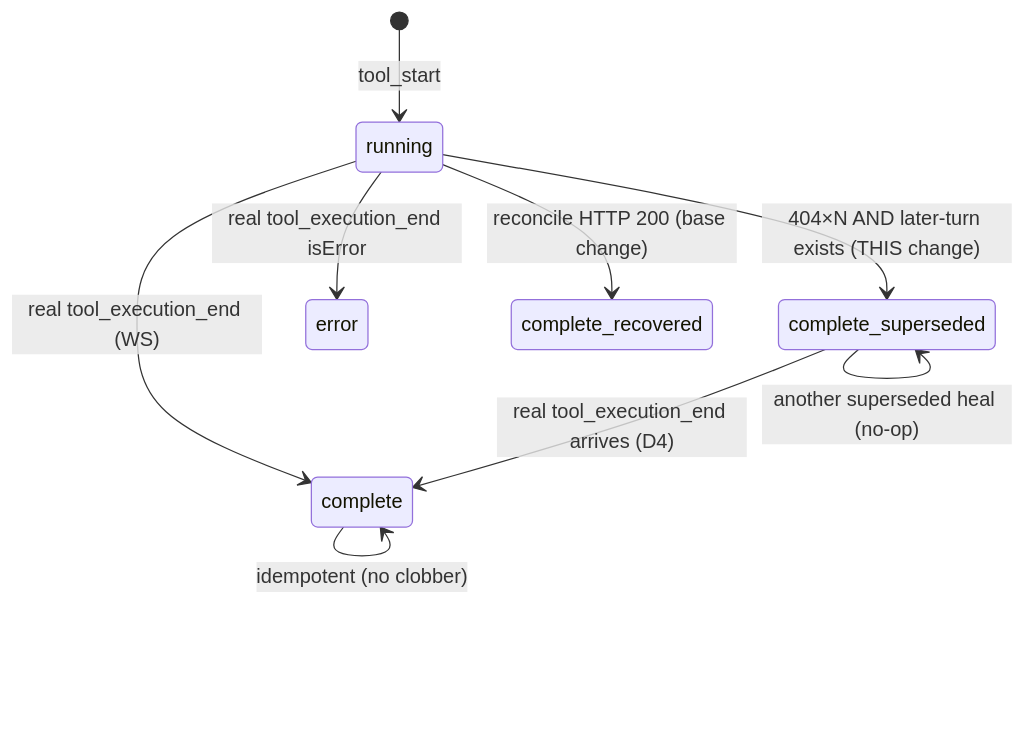
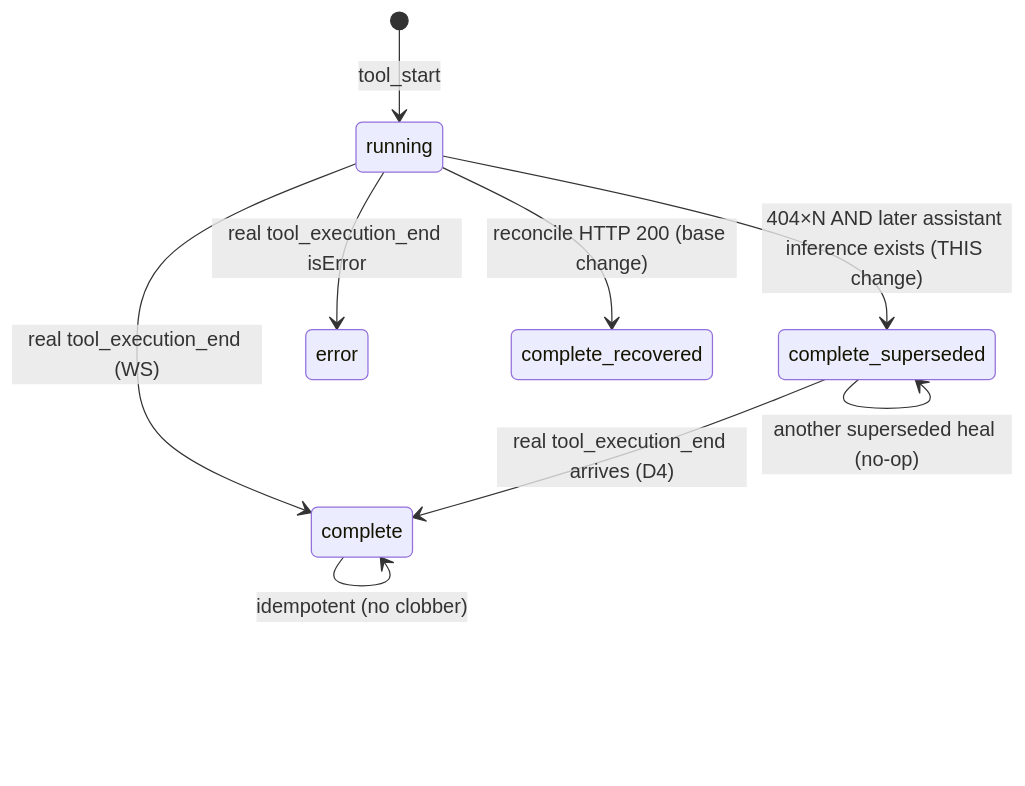
The diagram in openspec/changes/fix-stuck-tool-card-superseded-heal/design.md (BlackBeltTechnology/pi-agent-dashboard), drawn with Mermaid before and after one commit. The commit also changed 4 other files, not shown here.

````diff
--- a/openspec/changes/fix-stuck-tool-card-superseded-heal/design.md
+++ b/openspec/changes/fix-stuck-tool-card-superseded-heal/design.md
@@ -116,11 +116,11 @@
 ```mermaid
 stateDiagram-v2
     [*] --> running: tool_start
     running --> complete: real tool_execution_end (WS)
     running --> error: real tool_execution_end isError
     running --> complete_recovered: reconcile HTTP 200 (base change)
-    running --> complete_superseded: 404×N AND later-turn exists (THIS change)
+    running --> complete_superseded: 404×N AND later assistant inference exists (THIS change)
     complete_superseded --> complete: real tool_execution_end arrives (D4)
     complete_superseded --> complete_superseded: another superseded heal (no-op)
     complete --> complete: idempotent (no clobber)
 ```
````
